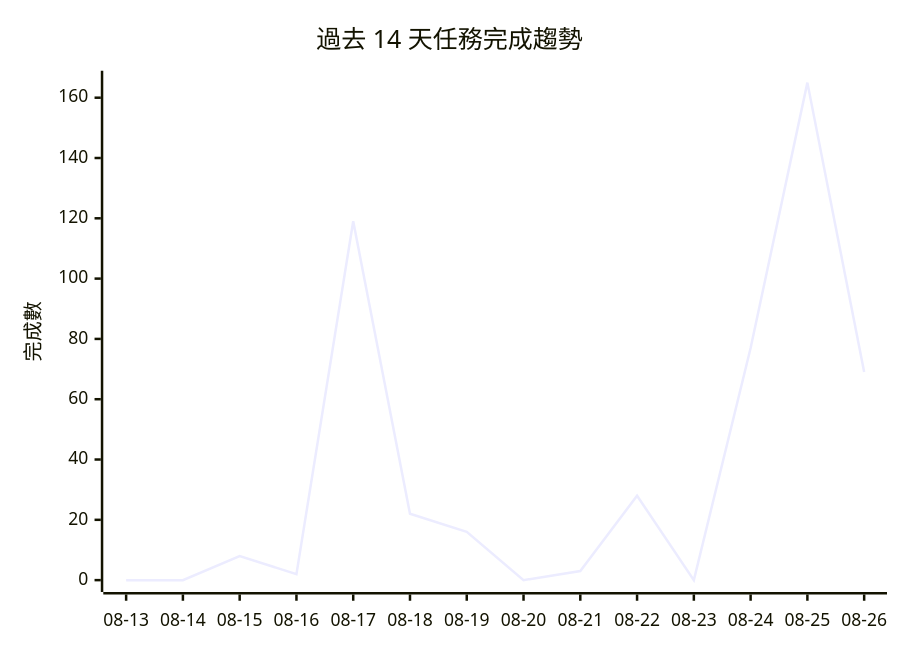
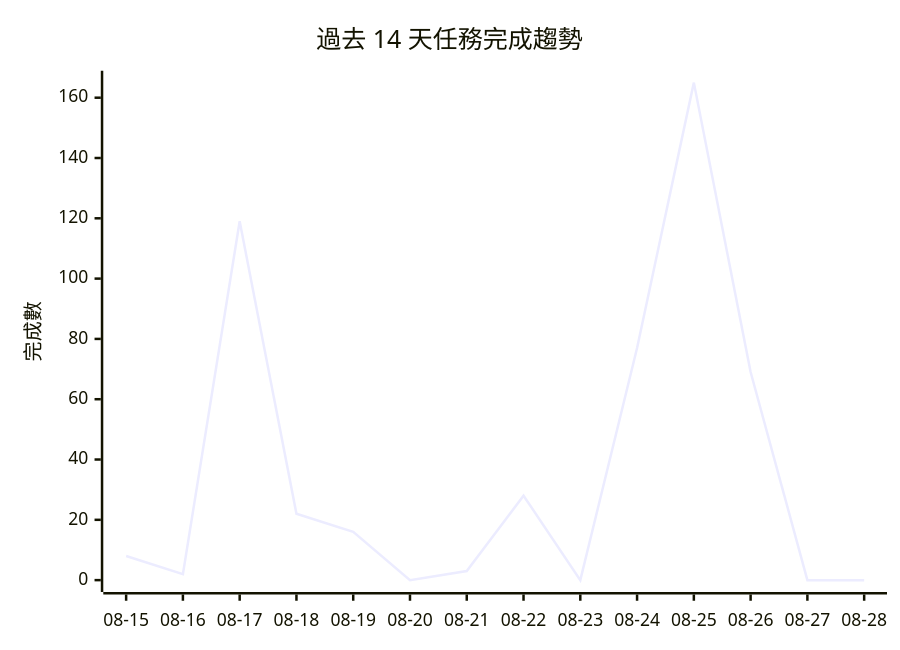
The diagram in PROJECTS.md (gentoobreaking/ai-tasks), drawn with Mermaid before and after one commit. The commit also changed other lines of this file and 68 other files, not shown here.

````diff
--- a/PROJECTS.md
+++ b/PROJECTS.md
@@ -114,7 +114,7 @@
 ```mermaid
 xychart-beta
     title "過去 14 天任務完成趨勢"
-    x-axis ["08-13", "08-14", "08-15", "08-16", "08-17", "08-18", "08-19", "08-20", "08-21", "08-22", "08-23", "08-24", "08-25", "08-26"]
+    x-axis ["08-15", "08-16", "08-17", "08-18", "08-19", "08-20", "08-21", "08-22", "08-23", "08-24", "08-25", "08-26", "08-27", "08-28"]
     y-axis "完成數" 0 --> 165
-    line [0, 0, 8, 2, 119, 22, 16, 0, 3, 28, 0, 77, 165, 69]
+    line [8, 2, 119, 22, 16, 0, 3, 28, 0, 77, 165, 69, 0, 0]
 ```
````
